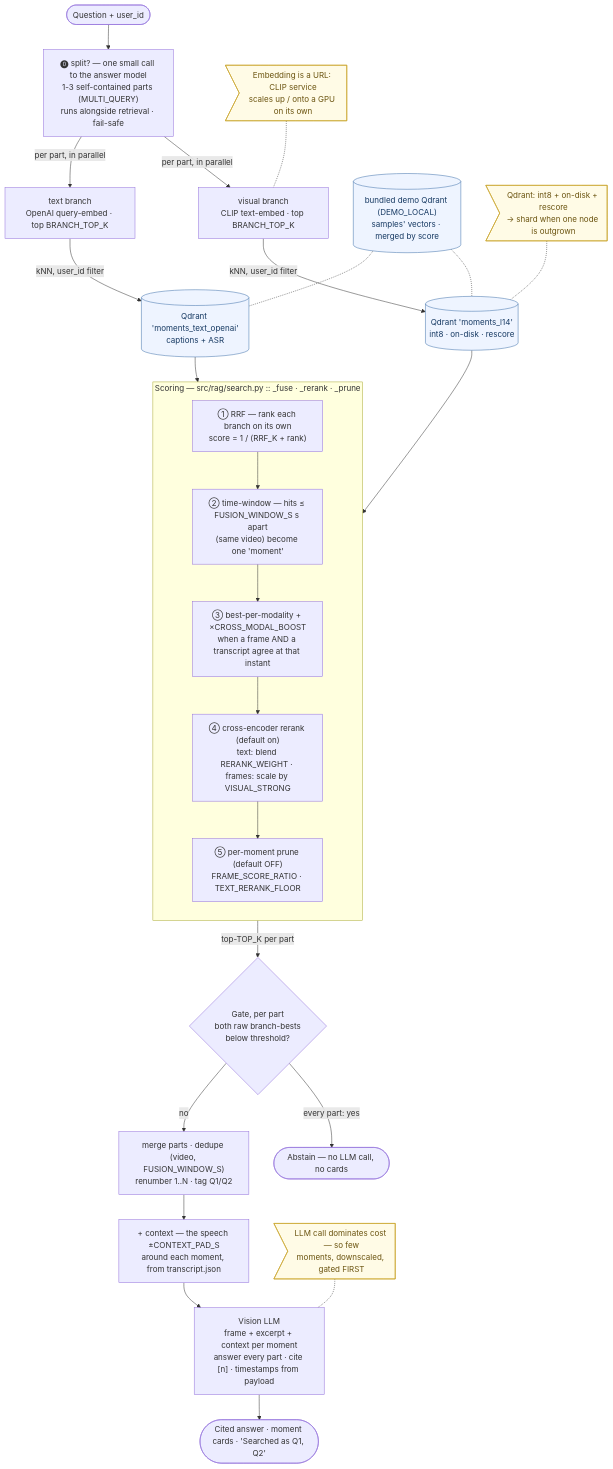
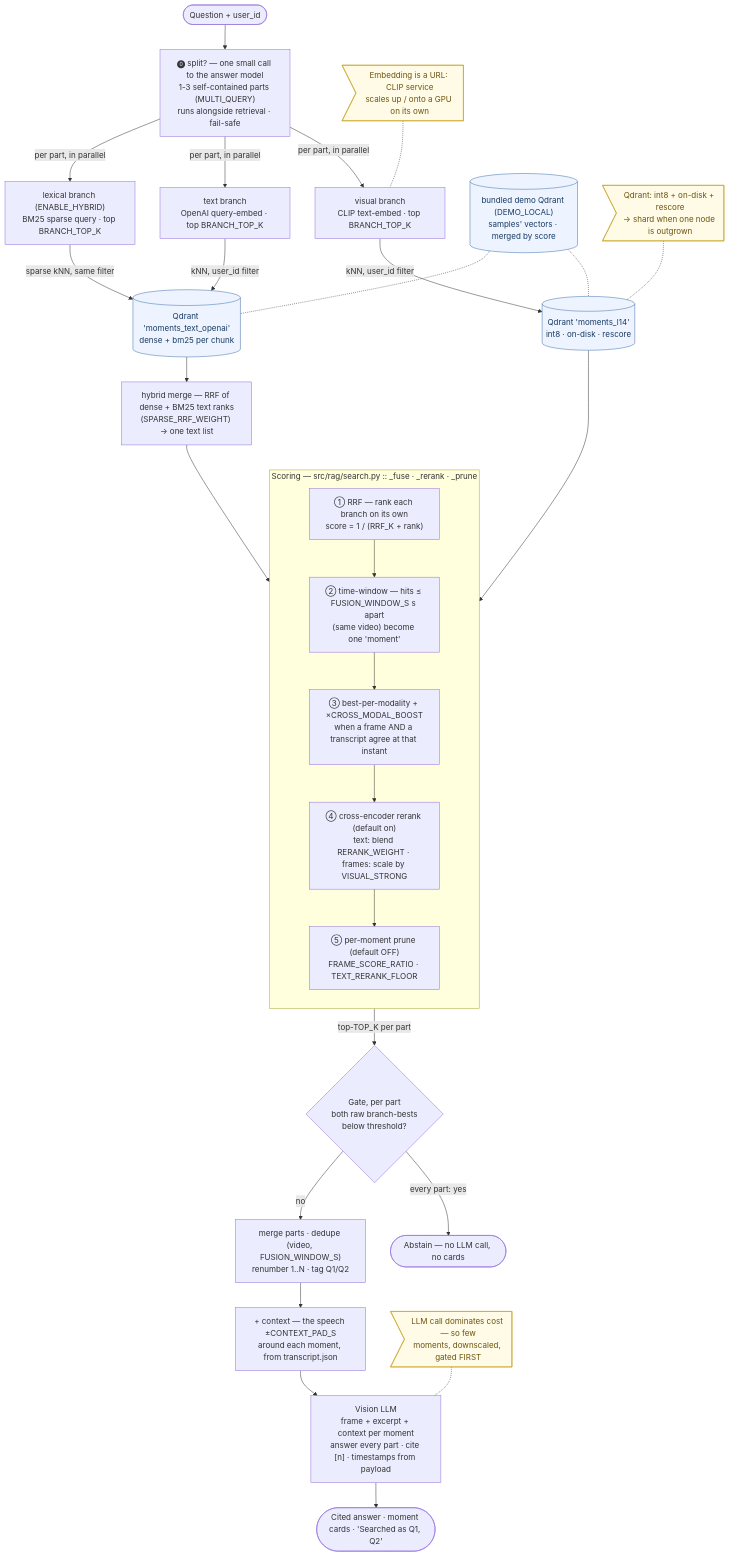
One commit to traversaal-ai/momentsearch changed the diagram in ARCHITECTURE.md. Above: the diagram before and after it, drawn with Mermaid. The commit also changed other lines of this file and 12 other files, not shown here.

````diff
--- a/ARCHITECTURE.md
+++ b/ARCHITECTURE.md
@@ -100,44 +102,48 @@
 ```mermaid
 flowchart TB
   q(["Question + user_id"])
   sp["⓿ split? — one small call to the answer model<br/>1-3 self-contained parts (MULTI_QUERY)<br/>runs alongside retrieval · fail-safe"]
   q --> sp
   sp -->|"per part, in parallel"| ve
   sp -->|"per part, in parallel"| te
   ve["visual branch<br/>CLIP text-embed · top BRANCH_TOP_K"]
   te["text branch<br/>OpenAI query-embed · top BRANCH_TOP_K"]
+  se["lexical branch (ENABLE_HYBRID)<br/>BM25 sparse query · top BRANCH_TOP_K"]
+  sp -->|"per part, in parallel"| se
 
   ve -->|"kNN, user_id filter"| vq[("Qdrant 'moments_l14'<br/>int8 · on-disk · rescore")]
-  te -->|"kNN, user_id filter"| tq[("Qdrant 'moments_text_openai'<br/>captions + ASR")]
+  te -->|"kNN, user_id filter"| tq[("Qdrant 'moments_text_openai'<br/>dense + bm25 per chunk")]
+  se -->|"sparse kNN, same filter"| tq
+  tq --> hm["hybrid merge — RRF of dense + BM25 text ranks<br/>(SPARSE_RRF_WEIGHT) → one text list"]
   dq[("bundled demo Qdrant (DEMO_LOCAL)<br/>samples' vectors · merged by score")] -.- vq
   dq -.- tq
 
   vq --> fuse
-  tq --> fuse
+  hm --> fuse
 
   subgraph fuse["Scoring — src/rag/search.py :: _fuse · _rerank · _prune"]
     direction TB
     r["① RRF — rank each branch on its own<br/>score = 1 / (RRF_K + rank)"]
     w["② time-window — hits ≤ FUSION_WINDOW_S s apart<br/>(same video) become one 'moment'"]
     b["③ best-per-modality + ×CROSS_MODAL_BOOST<br/>when a frame AND a transcript agree at that instant"]
     x["④ cross-encoder rerank (default on)<br/>text: blend RERANK_WEIGHT · frames: scale by VISUAL_STRONG"]
     p["⑤ per-moment prune (default OFF)<br/>FRAME_SCORE_RATIO · TEXT_RERANK_FLOOR"]
     r --> w --> b --> x --> p
   end
 
   fuse -->|"top-TOP_K per part"| gate{"Gate, per part<br/>both raw branch-bests<br/>below threshold?"}
   gate -->|"every part: yes"| ab(["Abstain — no LLM call, no cards"])
   gate -->|"no"| merge["merge parts · dedupe (video, FUSION_WINDOW_S)<br/>renumber 1..N · tag Q1/Q2"]
   merge --> ctx["+ context — the speech ±CONTEXT_PAD_S<br/>around each moment, from transcript.json"]
   ctx --> llm["Vision LLM<br/>frame + excerpt + context per moment<br/>answer every part · cite [n] · timestamps from payload"]
   llm --> ans(["Cited answer · moment cards · 'Searched as Q1, Q2'"])
 
   sc1>"Qdrant: int8 + on-disk + rescore<br/>→ shard when one node is outgrown"] -.- vq
   sc2>"Embedding is a URL: CLIP service<br/>scales up / onto a GPU on its own"] -.- ve
   sc3>"LLM call dominates cost — so few<br/>moments, downscaled, gated FIRST"] -.- llm
 
   classDef store fill:#eef4ff,stroke:#3b6ea8,color:#173a63;
   classDef note fill:#fffbe6,stroke:#c9a227,color:#6b5410;
   class vq,tq,dq store;
   class sc1,sc2,sc3 note;
 ```
````
